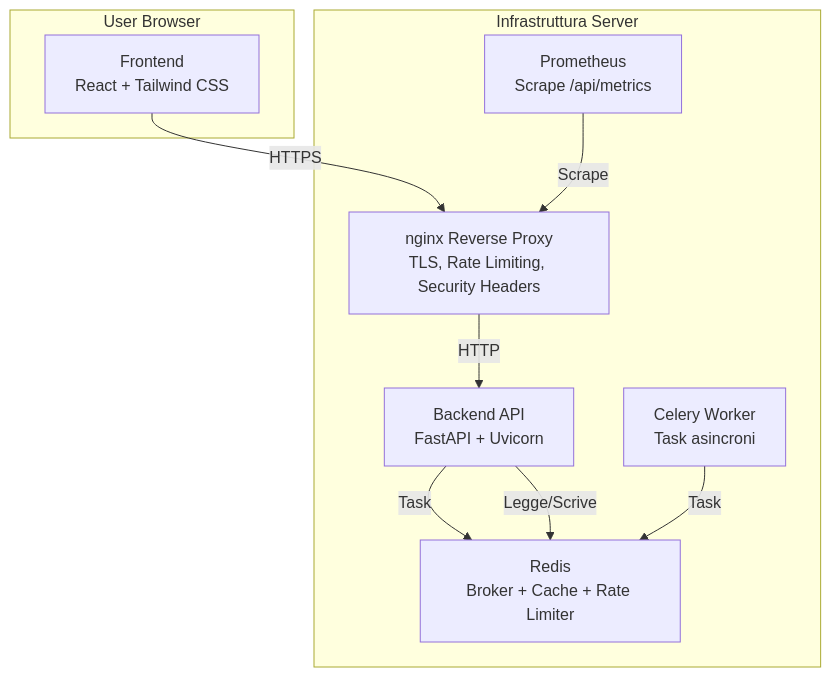
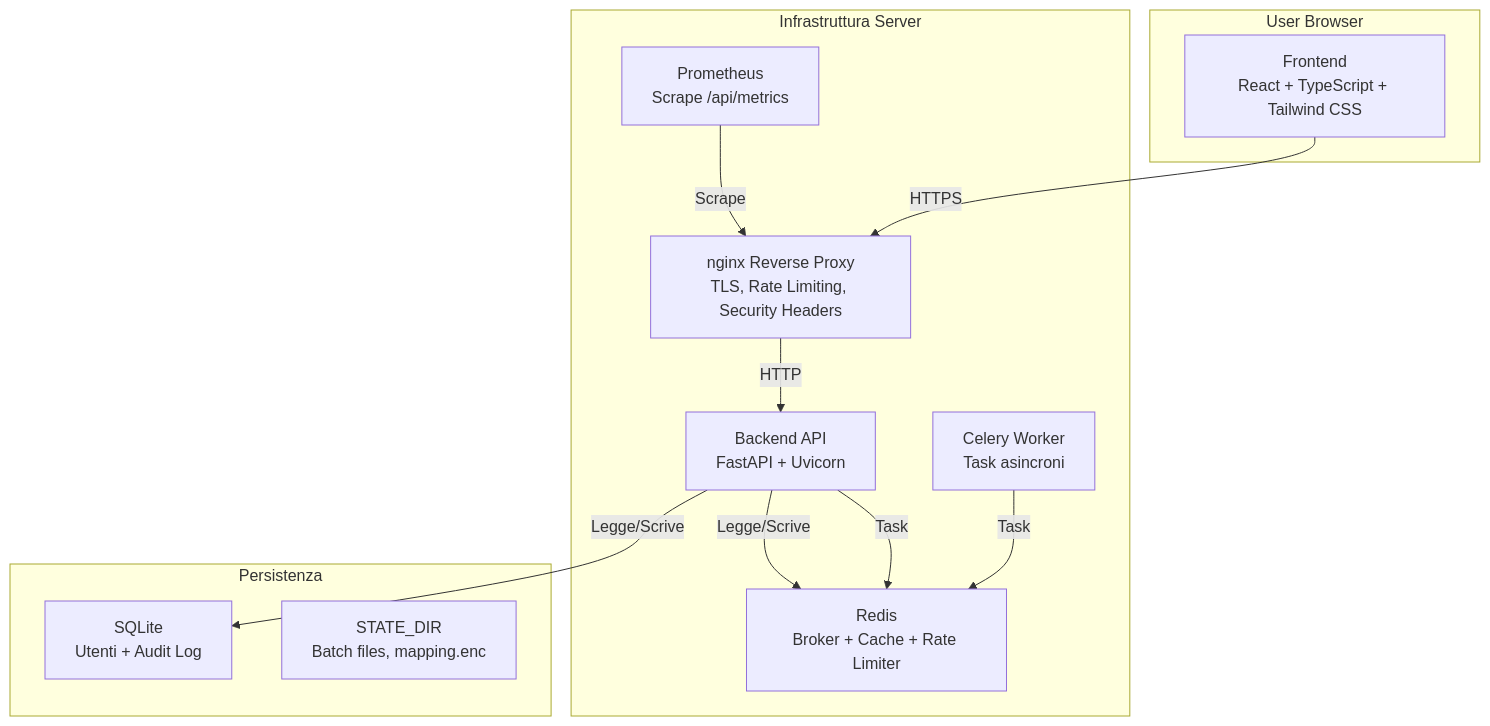
The diagram in README.md (3n1gm496/pseudonymization-tool), drawn with Mermaid before and after one commit. The commit also changed other lines of this file and 5 other files, not shown here.

````diff
--- a/README.md
+++ b/README.md
@@ -49,21 +51,27 @@
 ```mermaid
 graph TD
     subgraph Browser["User Browser"]
-        Frontend["Frontend<br/>React + Tailwind CSS"]
+        Frontend["Frontend<br/>React + TypeScript + Tailwind CSS"]
     end
 
     subgraph Server["Infrastruttura Server"]
         Nginx["nginx Reverse Proxy<br/>TLS, Rate Limiting, Security Headers"]
         Backend["Backend API<br/>FastAPI + Uvicorn"]
         Worker["Celery Worker<br/>Task asincroni"]
         Redis["Redis<br/>Broker + Cache + Rate Limiter"]
         Prometheus["Prometheus<br/>Scrape /api/metrics"]
     end
 
+    subgraph Storage["Persistenza"]
+        SQLite["SQLite<br/>Utenti + Audit Log"]
+        StateDir["STATE_DIR<br/>Batch files, mapping.enc"]
+    end
+
     Frontend -- HTTPS --> Nginx
     Nginx -- HTTP --> Backend
     Backend -- Task --> Redis
     Worker -- Task --> Redis
     Backend -- Legge/Scrive --> Redis
+    Backend -- Legge/Scrive --> SQLite
     Prometheus -- Scrape --> Nginx
 ```
````
